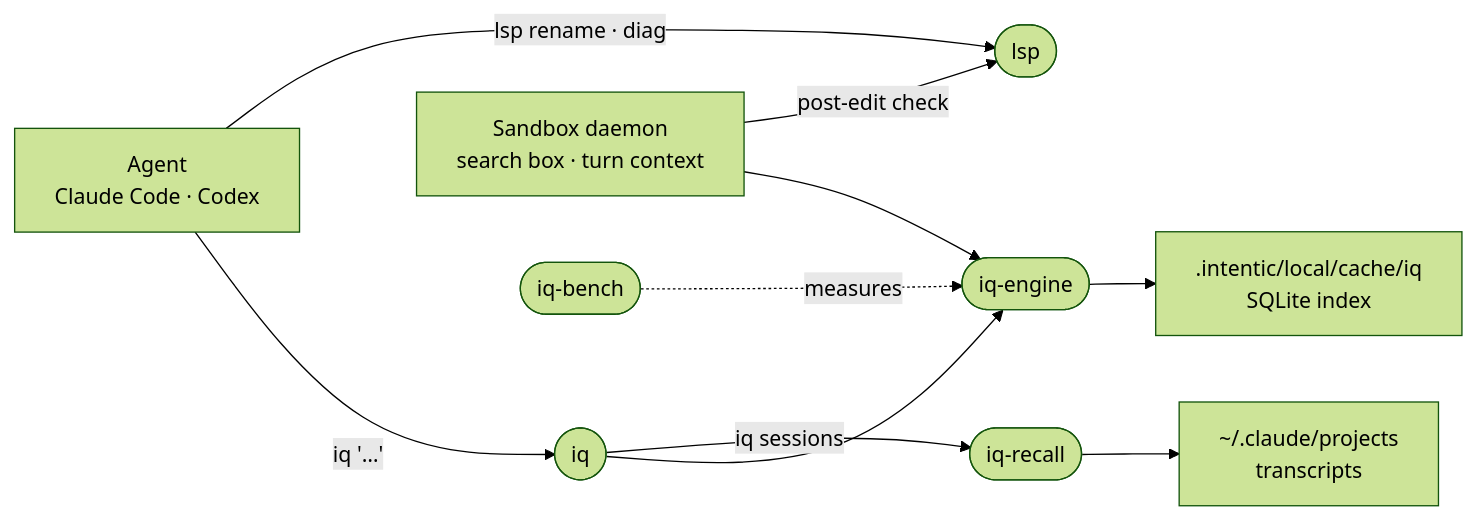
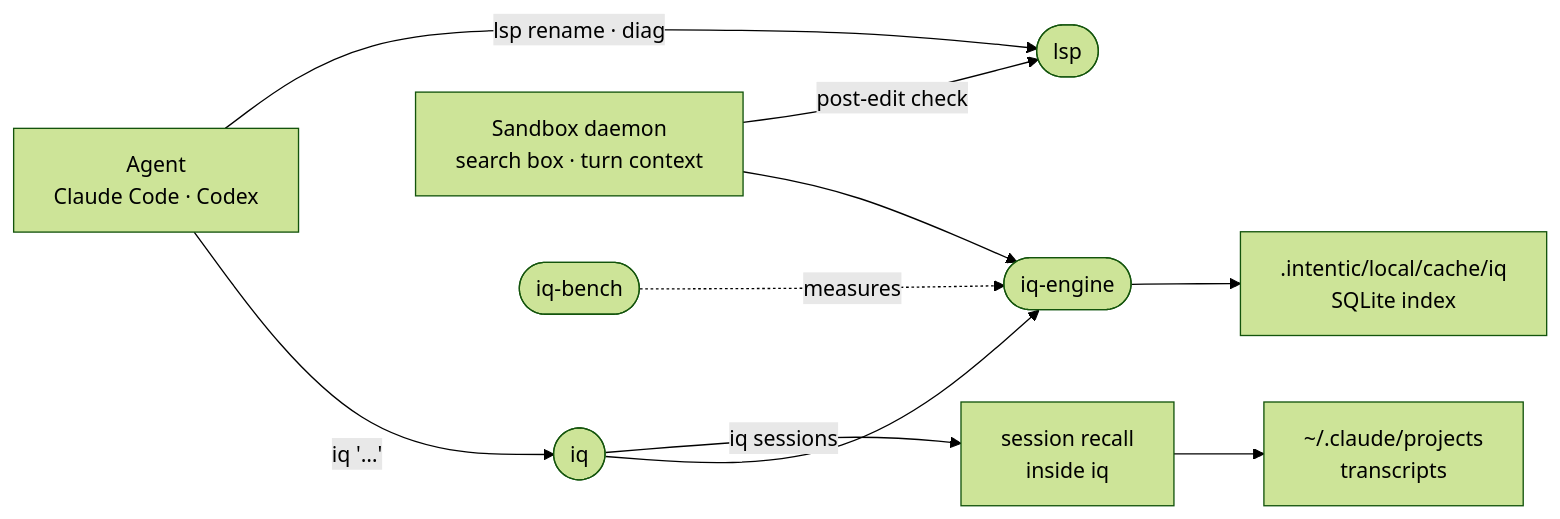
Before and after one commit to intentic/intentic: the diagram in _search/README.md, drawn with Mermaid (forest theme). The commit also changed other lines of this file and 2216 other files, not shown here.

Commit message:
chore(docs): refresh architecture index for extension changes

````diff
--- a/_search/README.md
+++ b/_search/README.md
@@ -5,12 +5,12 @@
 ```mermaid
 flowchart LR
     agent["Agent<br/>Claude Code · Codex"] -- "iq '…'" --> iq(["iq"])
     iq --> engine(["iq-engine"])
-    iq -- "iq sessions" --> recall(["iq-recall"])
+    iq -- "iq sessions" --> recall["session recall<br/>inside iq"]
     daemon["Sandbox daemon<br/>search box · turn context"] --> engine
     engine --> index[".intentic/local/cache/iq<br/>SQLite index"]
     recall --> transcripts["~/.claude/projects<br/>transcripts"]
     agent -- "lsp rename · diag" --> lsp(["lsp"])
     daemon -- "post-edit check" --> lsp
     bench(["iq-bench"]) -. "measures" .-> engine
 ```
````
